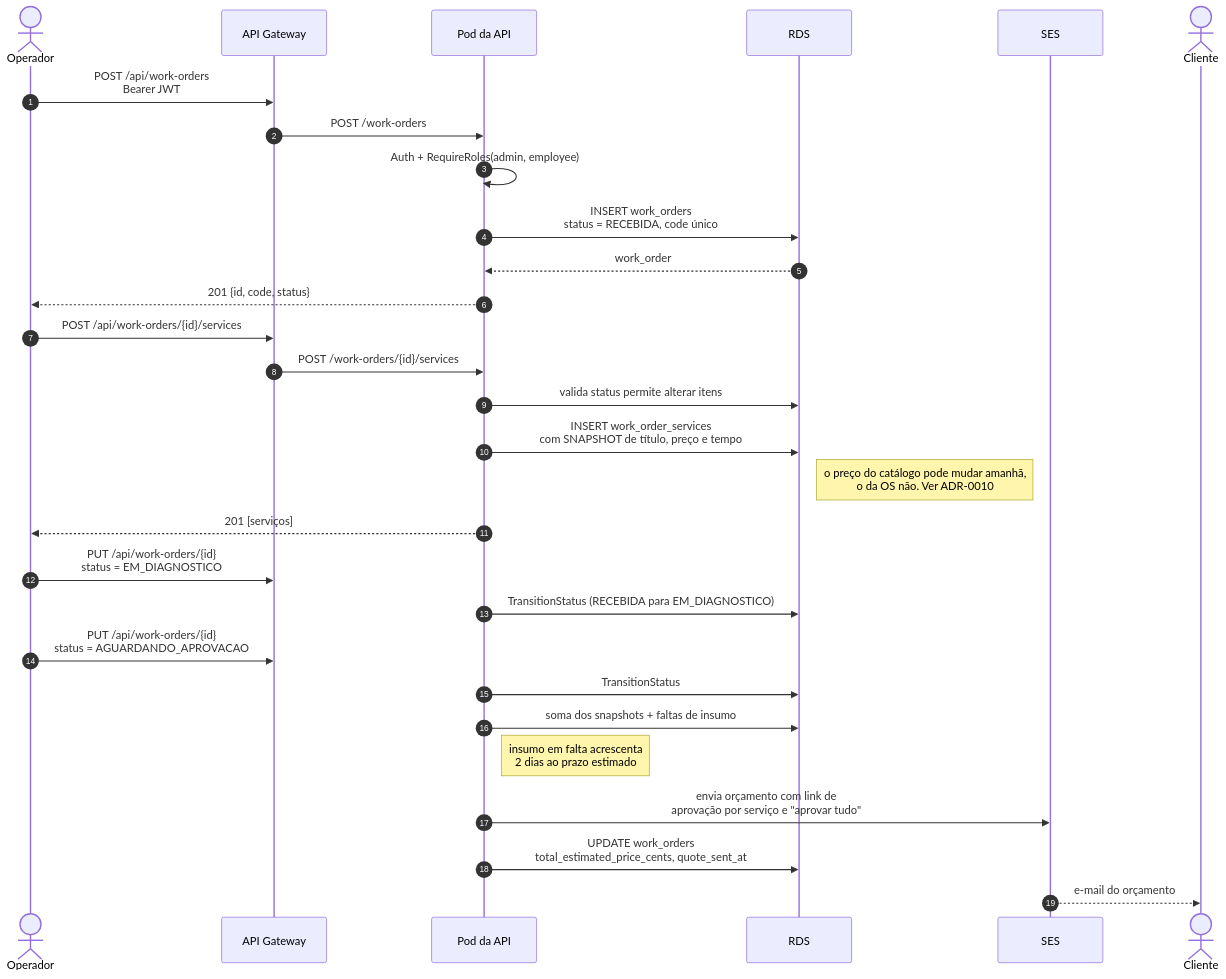
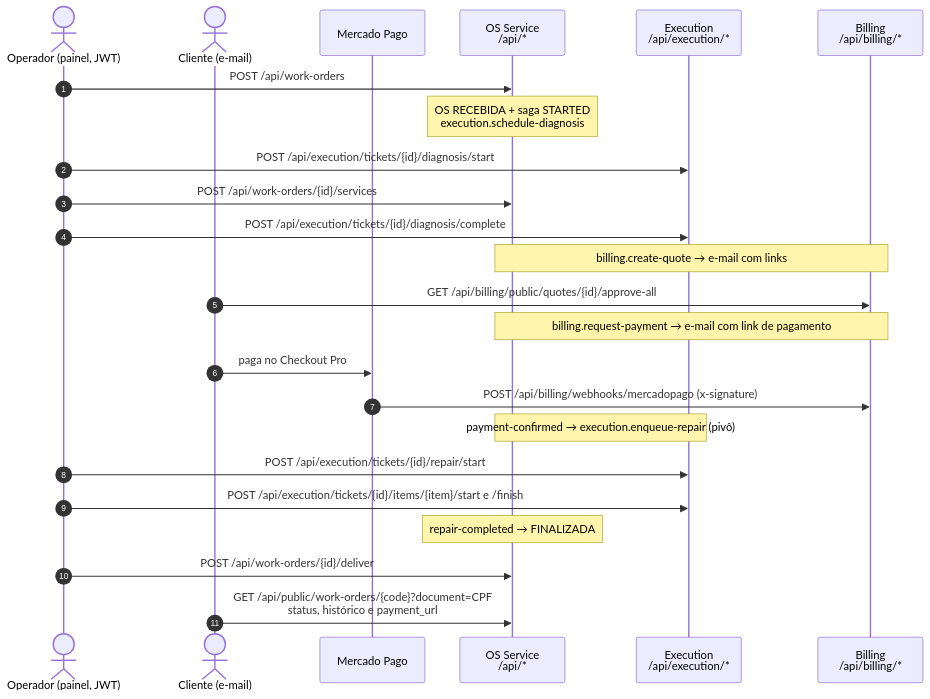
The diagram in docs/diagramas/sequencia-ordem-de-servico.md (SOAT-15-Oficina/oficina-mecanica-infrastructure), drawn with Mermaid before and after one commit. The commit also changed other lines of this file and 4 other files, not shown here.

First line of the commit message:
Atualiza README e diagramas para a plataforma da Fase 4

````diff
--- a/docs/diagramas/sequencia-ordem-de-servico.md
+++ b/docs/diagramas/sequencia-ordem-de-servico.md
@@ -36,35 +20,27 @@
 ```mermaid
 sequenceDiagram
     autonumber
-    actor OP as Operador
-    participant GW as API Gateway
-    participant API as Pod da API
-    participant DB as RDS
-    participant SES as SES
-    actor CLI as Cliente
+    actor OP as Operador (painel, JWT)
+    actor CLI as Cliente (e-mail)
+    participant MP as Mercado Pago
+    participant OS as OS Service<br/>/api/*
+    participant EX as Execution<br/>/api/execution/*
+    participant BI as Billing<br/>/api/billing/*
 
-    OP->>GW: POST /api/work-orders<br/>Bearer JWT
-    GW->>API: POST /work-orders
-    API->>API: Auth + RequireRoles(admin, employee)
-    API->>DB: INSERT work_orders<br/>status = RECEBIDA, code único
-    DB-->>API: work_order
-    API-->>OP: 201 {id, code, status}
-
-    OP->>GW: POST /api/work-orders/{id}/services
-    GW->>API: POST /work-orders/{id}/services
-    API->>DB: valida status permite alterar itens
-    API->>DB: INSERT work_order_services<br/>com SNAPSHOT de título, preço e tempo
-    Note right of DB: o preço do catálogo pode mudar amanhã,<br/>o da OS não. Ver ADR-0010
-    API-->>OP: 201 [serviços]
-
-    OP->>GW: PUT /api/work-orders/{id}<br/>status = EM_DIAGNOSTICO
-    API->>DB: TransitionStatus (RECEBIDA para EM_DIAGNOSTICO)
-
-    OP->>GW: PUT /api/work-orders/{id}<br/>status = AGUARDANDO_APROVACAO
-    API->>DB: TransitionStatus
-    API->>DB: soma dos snapshots + faltas de insumo
-    Note right of API: insumo em falta acrescenta<br/>2 dias ao prazo estimado
-    API->>SES: envia orçamento com link de<br/>aprovação por serviço e "aprovar tudo"
-    API->>DB: UPDATE work_orders<br/>total_estimated_price_cents, quote_sent_at
-    SES-->>CLI: e-mail do orçamento
+    OP->>OS: POST /api/work-orders
+    Note over OS: OS RECEBIDA + saga STARTED<br/>execution.schedule-diagnosis
+    OP->>EX: POST /api/execution/tickets/{id}/diagnosis/start
+    OP->>OS: POST /api/work-orders/{id}/services
+    OP->>EX: POST /api/execution/tickets/{id}/diagnosis/complete
+    Note over OS,BI: billing.create-quote → e-mail com links
+    CLI->>BI: GET /api/billing/public/quotes/{id}/approve-all
+    Note over OS,BI: billing.request-payment → e-mail com link de pagamento
+    CLI->>MP: paga no Checkout Pro
+    MP->>BI: POST /api/billing/webhooks/mercadopago (x-signature)
+    Note over OS,EX: payment-confirmed → execution.enqueue-repair (pivô)
+    OP->>EX: POST /api/execution/tickets/{id}/repair/start
+    OP->>EX: POST /api/execution/tickets/{id}/items/{item}/start e /finish
+    Note over OS: repair-completed → FINALIZADA
+    OP->>OS: POST /api/work-orders/{id}/deliver
+    CLI->>OS: GET /api/public/work-orders/{code}?document=CPF<br/>status, histórico e payment_url
 ```
````
